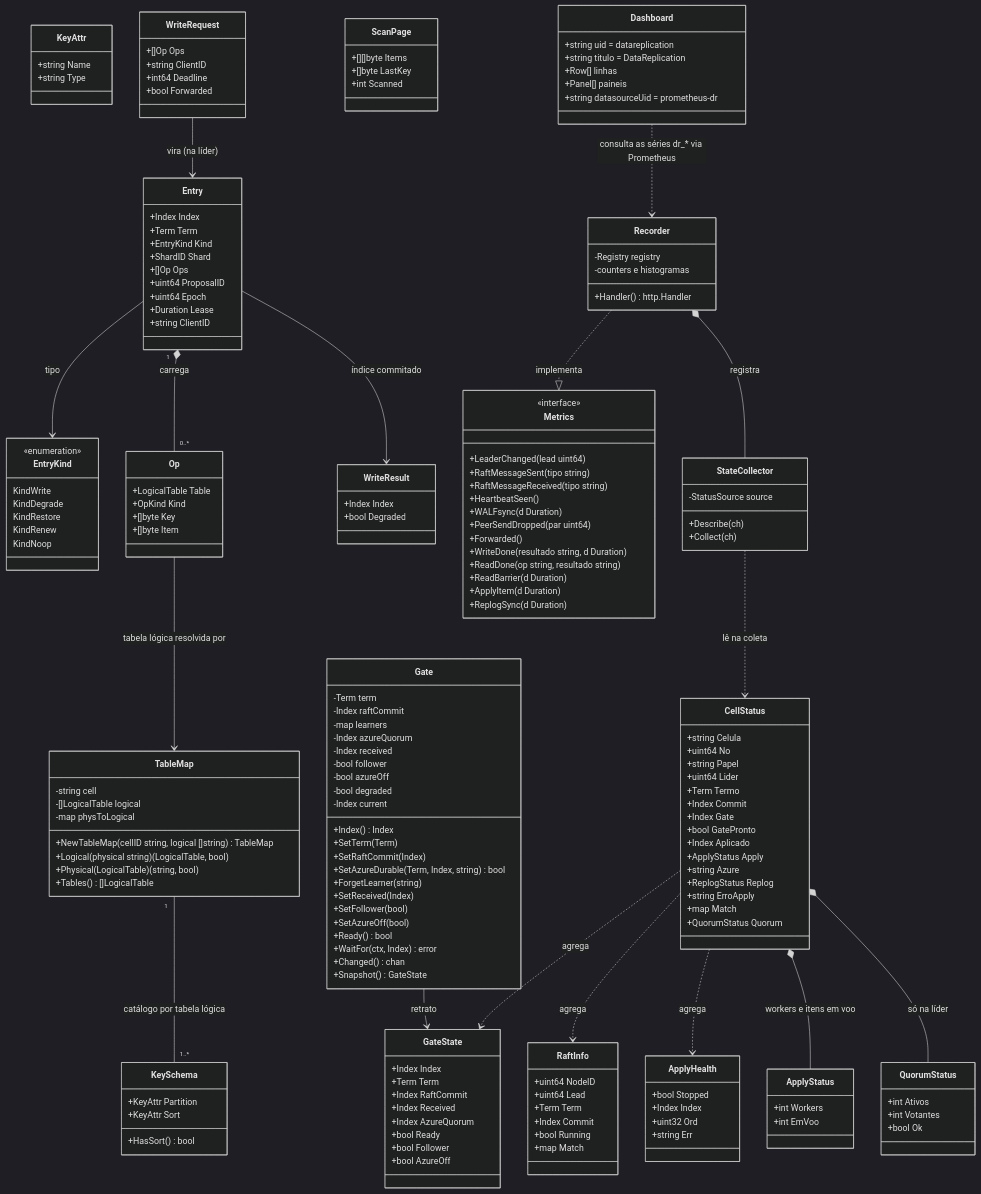
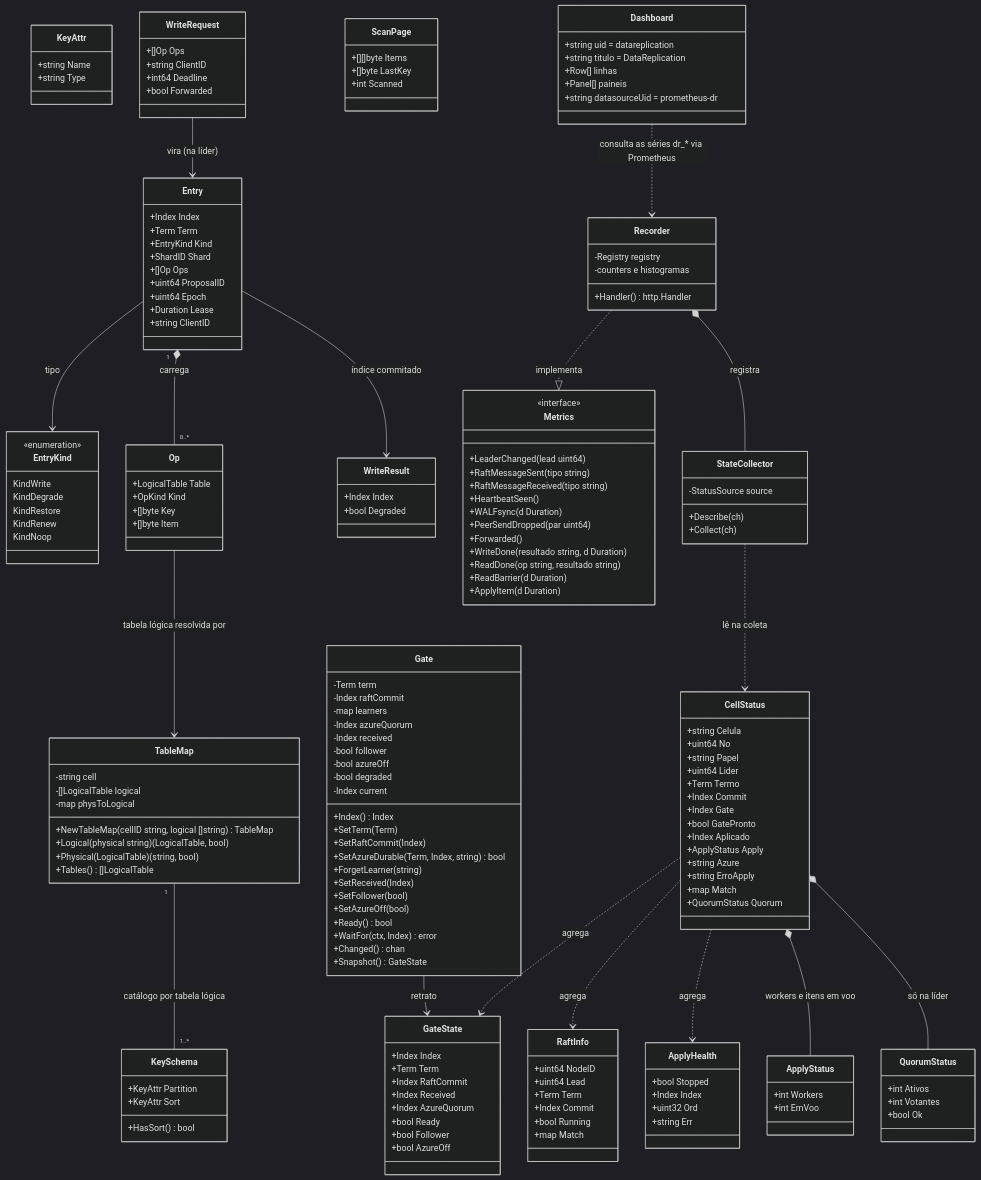
Before and after one commit to brbarmex/k: the diagram in spdd/prompt/GGQPA-XXX-202610132059-[Feat]-service-poc-local-datareplication-tres-celulas-aws.md, drawn with Mermaid (dark theme). The commit also changed other lines of this file and 197 other files, not shown here.

```diff
--- a/spdd/prompt/GGQPA-XXX-202610132059-[Feat]-service-poc-local-datareplication-tres-celulas-aws.md
+++ b/spdd/prompt/GGQPA-XXX-202610132059-[Feat]-service-poc-local-datareplication-tres-celulas-aws.md
@@ -159,7 +159,6 @@
     +Index Aplicado
     +ApplyStatus Apply
     +string Azure
-    +ReplogStatus Replog
     +string ErroApply
     +map Match
     +QuorumStatus Quorum
@@ -184,7 +183,6 @@
     +ReadDone(op string, resultado string)
     +ReadBarrier(d Duration)
     +ApplyItem(d Duration)
-    +ReplogSync(d Duration)
 }
 
 class Recorder {
```
